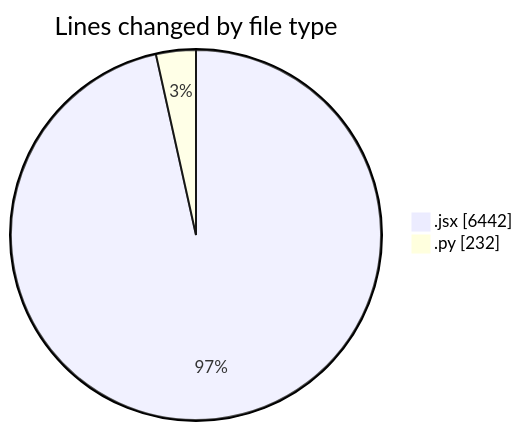
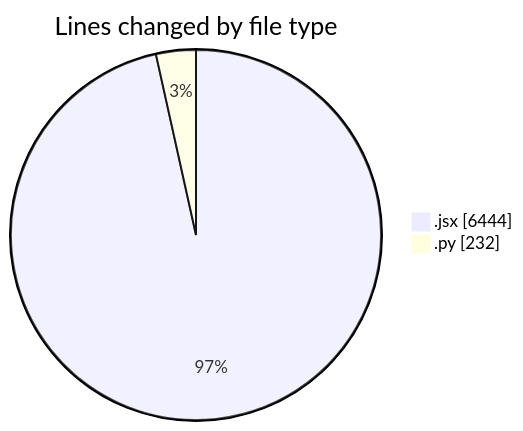
Before and after one commit to nxtqubesakshisongat/code-tracking: the first of 2 diagrams in 2025-05-20/nxtqube_webapp/README.md, drawn with Mermaid. The commit also changed other lines of this file and 1 other file, not shown here.

````diff
--- a/2025-05-20/nxtqube_webapp/README.md
+++ b/2025-05-20/nxtqube_webapp/README.md
@@ -25,6 +25,6 @@
 ```mermaid
 pie showData
 title Lines changed by file type
-".jsx" : 6442
+".jsx" : 6444
 ".py" : 232
 ```
````
